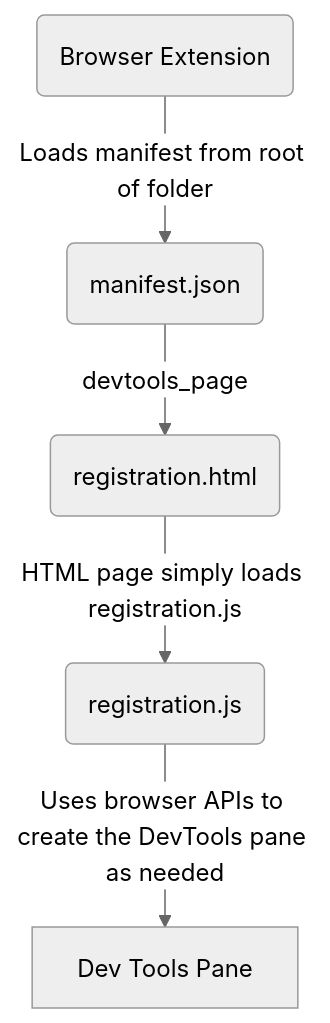
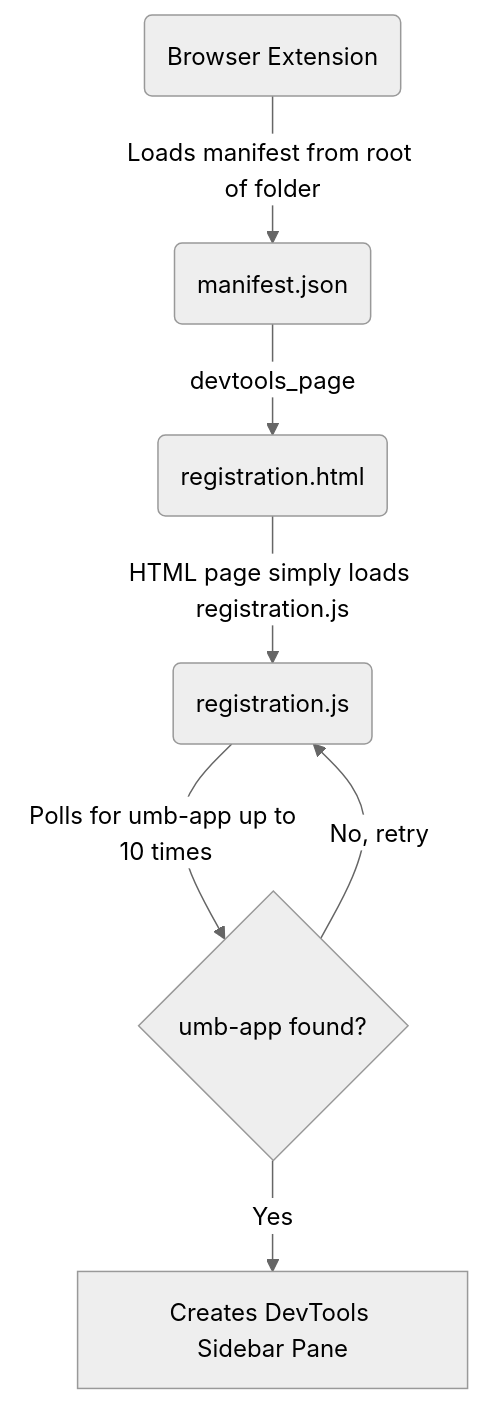
Before and after one commit to warrenbuckley/DevTools-for-Umbraco-Bellissima: the first of 4 diagrams in README.md, drawn with Mermaid (neutral theme). The commit also changed other lines of this file and 1 other file, not shown here.

First line of the commit message:
Update README diagrams and CLAUDE.md for content-page-bridge architecture

````diff
--- a/README.md
+++ b/README.md
@@ -17,7 +18,9 @@
 ```mermaid
 flowchart
     A(Browser Extension) --> |Loads manifest from root of folder| B
     B(manifest.json) --> |devtools_page| C(registration.html)
-    C --> | HTML page simply loads registration.js | D(registration.js)
-    D -->|Uses browser APIs to create the DevTools pane as needed |E[Dev Tools Pane]
+    C --> |HTML page simply loads registration.js| D(registration.js)
+    D --> |Polls for umb-app up to 10 times| E{umb-app found?}
+    E --> |Yes| F[Creates DevTools Sidebar Pane]
+    E --> |No, retry| D
 ```
````
